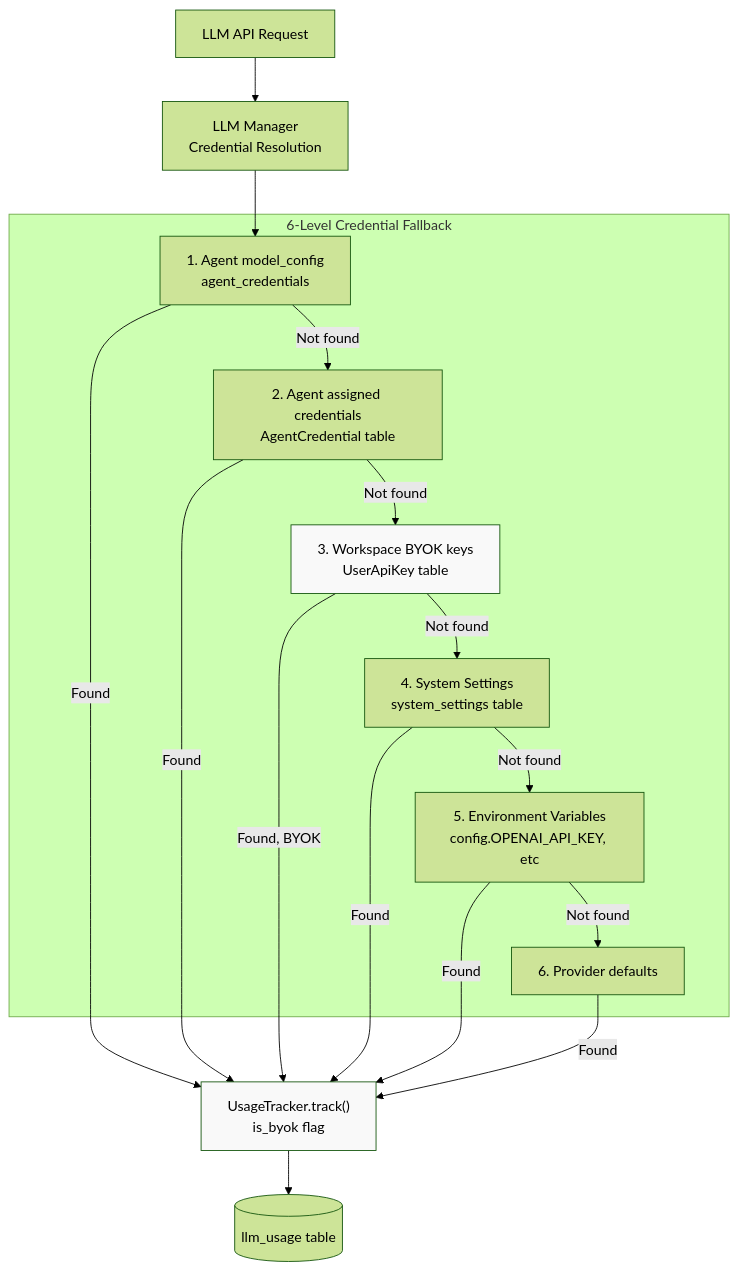
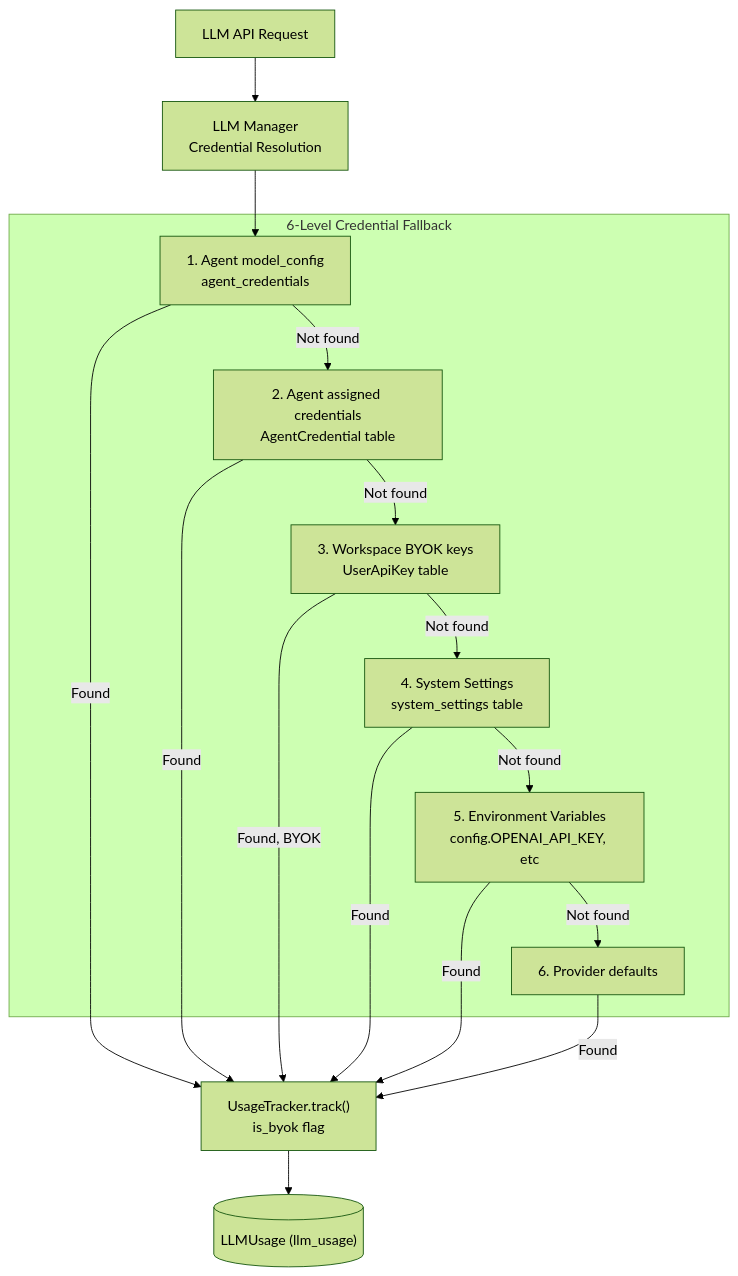
The first of 2 diagrams in docs/analytics-monitoring/llm-usage-tracking.md (AutomatosAI/automatos-ai), drawn with Mermaid (forest theme) before and after one commit. The commit also changed other lines of this file and 149 other files, not shown here.

Commit message:
docs: refresh documentation with graphify semantic scan

````diff
--- a/docs/analytics-monitoring/llm-usage-tracking.md
+++ b/docs/analytics-monitoring/llm-usage-tracking.md
@@ -48,37 +52,34 @@
 ```mermaid
 graph TB
     Request["LLM API Request"]
     CredResolver["LLM Manager<br/>Credential Resolution"]
     
     subgraph "6-Level Credential Fallback"
         L1["1. Agent model_config<br/>agent_credentials"]
         L2["2. Agent assigned credentials<br/>AgentCredential table"]
         L3["3. Workspace BYOK keys<br/>UserApiKey table"]
         L4["4. System Settings<br/>system_settings table"]
         L5["5. Environment Variables<br/>config.OPENAI_API_KEY, etc"]
         L6["6. Provider defaults"]
     end
     
     UsageTracker["UsageTracker.track()<br/>is_byok flag"]
-    LLMUsageTable[(llm_usage table)]
+    LLMUsageTable[("LLMUsage (llm_usage)")]
     
     Request --> CredResolver
     CredResolver --> L1
     L1 -->|Not found| L2
     L2 -->|Not found| L3
     L3 -->|Not found| L4
     L4 -->|Not found| L5
     L5 -->|Not found| L6
     
     L1 -->|Found| UsageTracker
     L2 -->|Found| UsageTracker
     L3 -->|Found, BYOK| UsageTracker
     L4 -->|Found| UsageTracker
     L5 -->|Found| UsageTracker
     L6 -->|Found| UsageTracker
     
     UsageTracker --> LLMUsageTable
-    
-    style L3 fill:#f9f9f9
-    style UsageTracker fill:#f9f9f9
 ```
````
